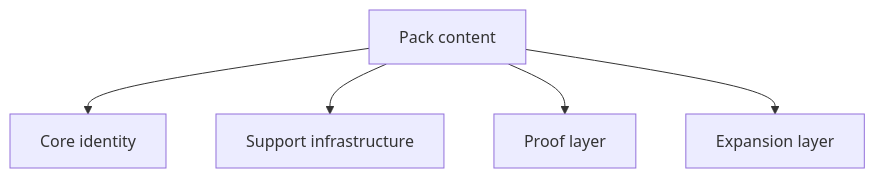
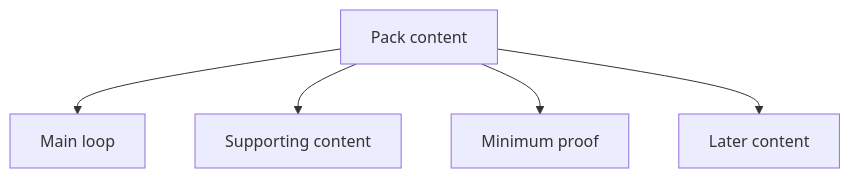
Before and after one commit to PickAID/LostCivilization: the diagram in docs/src/en-US/Grouping/Catalogue.md, drawn with Mermaid. The commit also changed other lines of this file and 98 other files, not shown here.

````diff
--- a/docs/src/en-US/Grouping/Catalogue.md
+++ b/docs/src/en-US/Grouping/Catalogue.md
@@ -11,7 +11,7 @@
 ```mermaid
 flowchart TD
-    All["Pack content"] --> Core["Core identity"]
-    All --> Support["Support infrastructure"]
-    All --> Proof["Proof layer"]
-    All --> Expansion["Expansion layer"]
+    All["Pack content"] --> Core["Main loop"]
+    All --> Support["Supporting content"]
+    All --> Proof["Minimum proof"]
+    All --> Expansion["Later content"]
 ```
````
